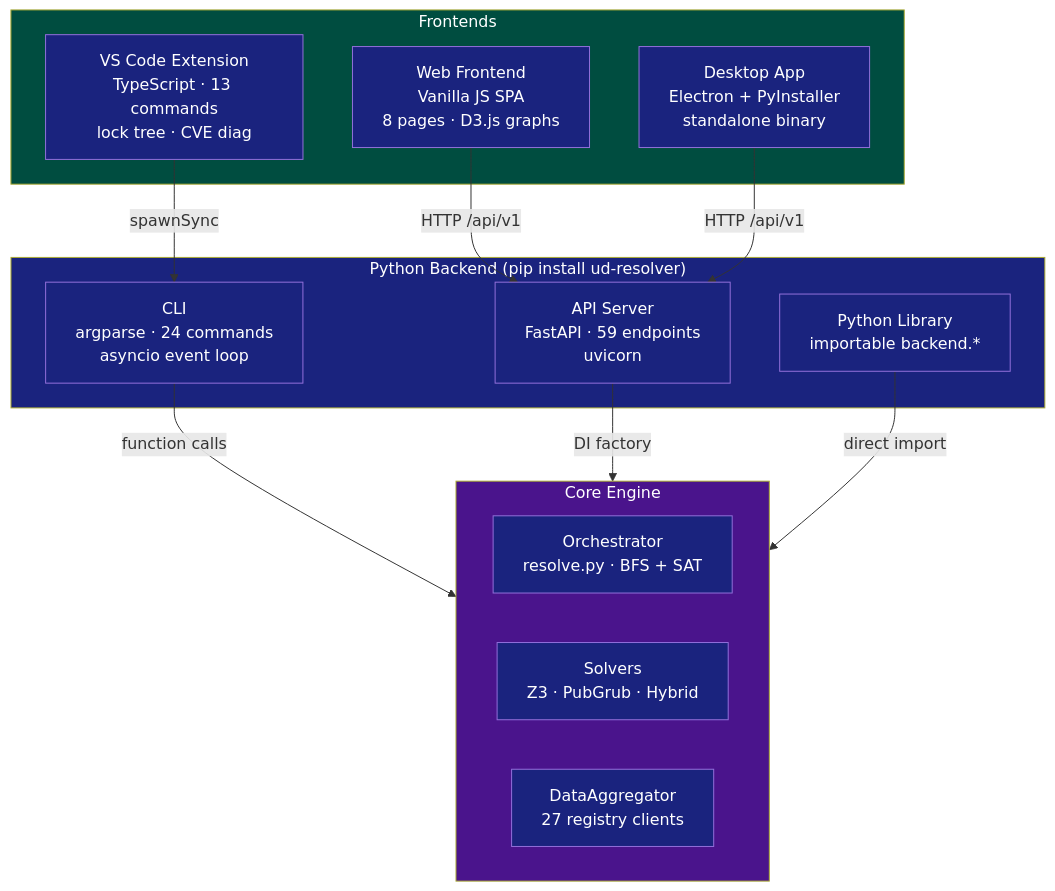
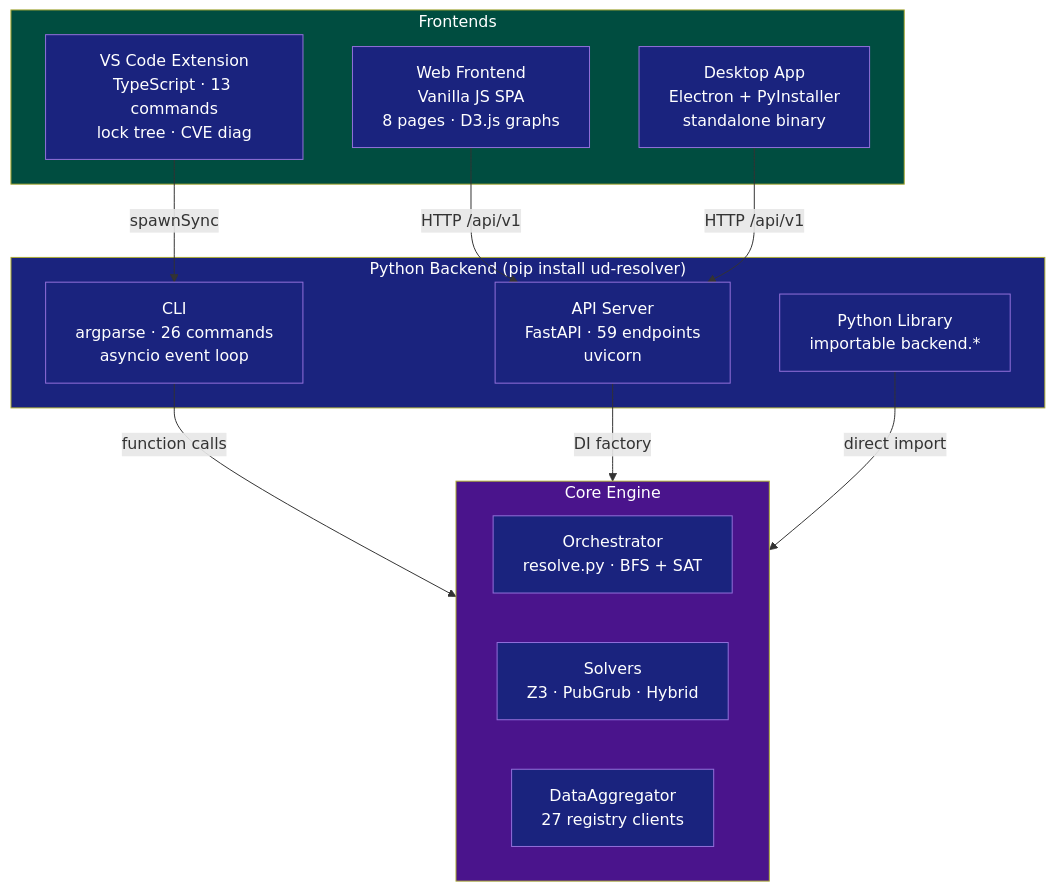
One commit to code-with-zeeshan/universal-dependency-resolver changed the diagram in docs/COMPONENTS.md. Above: the diagram before and after it, drawn with Mermaid. The commit also changed other lines of this file and 23 other files, not shown here.

````diff
--- a/docs/COMPONENTS.md
+++ b/docs/COMPONENTS.md
@@ -7,34 +7,34 @@
 ```mermaid
 flowchart TD
     subgraph PYTHON_BACKEND["Python Backend (pip install ud-resolver)"]
-        CLI["CLI<br/>argparse · 24 commands<br/>asyncio event loop"]
+        CLI["CLI<br/>argparse · 26 commands<br/>asyncio event loop"]
         LIB["Python Library<br/>importable backend.*"]
         API["API Server<br/>FastAPI · 59 endpoints<br/>uvicorn"]
     end
 
     subgraph FRONTENDS["Frontends"]
         WEB["Web Frontend<br/>Vanilla JS SPA<br/>8 pages · D3.js graphs"]
         VSC["VS Code Extension<br/>TypeScript · 13 commands<br/>lock tree · CVE diag"]
         DESKTOP["Desktop App<br/>Electron + PyInstaller<br/>standalone binary"]
     end
 
     subgraph CORE["Core Engine"]
         ORCH["Orchestrator<br/>resolve.py · BFS + SAT"]
         SOLVERS["Solvers<br/>Z3 · PubGrub · Hybrid"]
         AGG["DataAggregator<br/>27 registry clients"]
     end
 
     WEB -->|HTTP /api/v1| API
     VSC -->|spawnSync| CLI
     DESKTOP -->|HTTP /api/v1| API
     CLI -->|function calls| CORE
     API -->|DI factory| CORE
     LIB -->|direct import| CORE
 
     style PYTHON_BACKEND fill:#1a237e,color:#fff
     style FRONTENDS fill:#004d40,color:#fff
     style CORE fill:#4a148c,color:#fff
 
     classDef box fill:#1a237e,color:#fff
     class CLI,LIB,API,WEB,VSC,DESKTOP,ORCH,SOLVERS,AGG box
 ```
````
